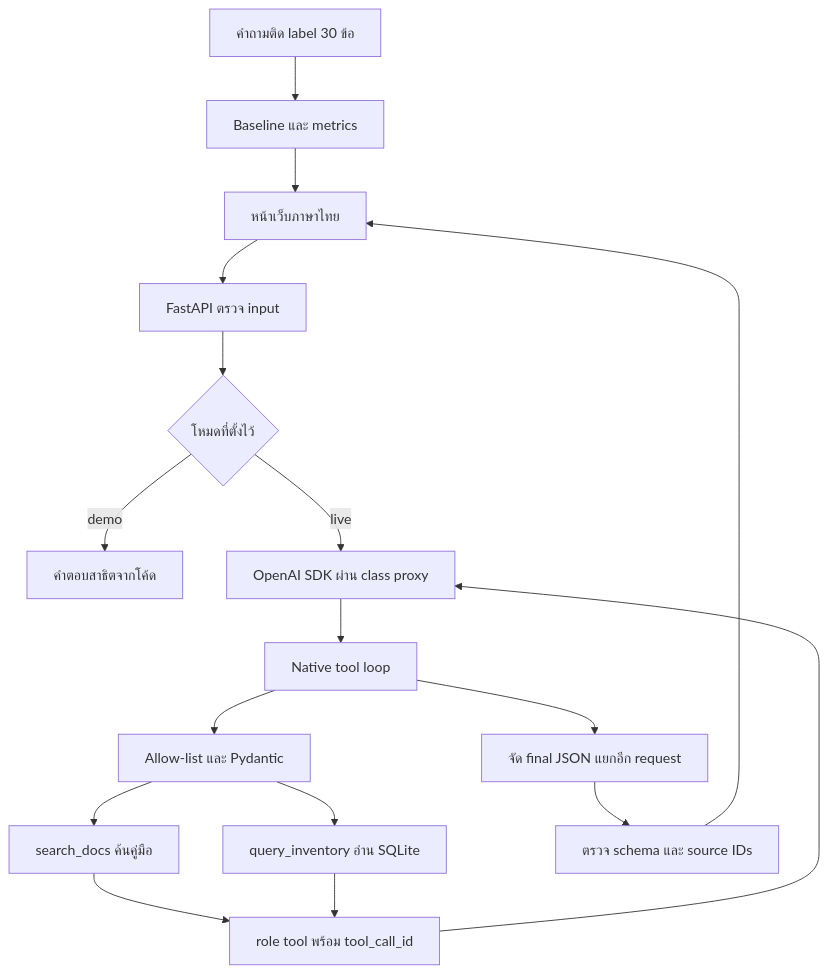
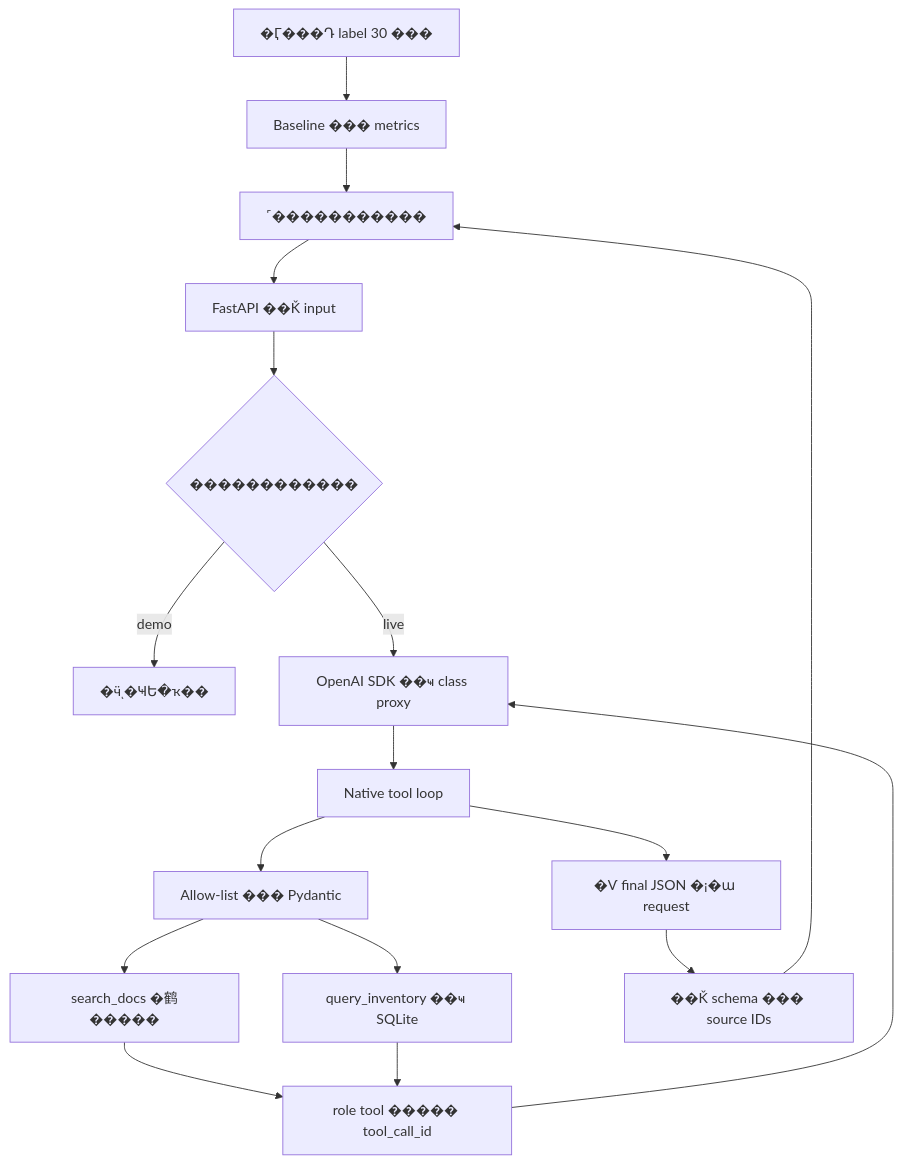
One commit to Chayapon8251/llm_lastwork changed the diagram in README.md. Above: the diagram before and after it, drawn with Mermaid. The commit also changed other lines of this file and 3 other files, not shown here.

````diff
--- a/README.md
+++ b/README.md
@@ -83,19 +83,19 @@
 ```mermaid
 flowchart TD
-    UI[หน้าเว็บภาษาไทย] --> API[FastAPI ตรวจ input]
-    API --> MODE{โหมดที่ตั้งไว้}
-    MODE -->|demo| DEMO[คำตอบสาธิตจากโค้ด]
-    MODE -->|live| LLM[OpenAI SDK ผ่าน class proxy]
+    UI[˹�����������] --> API[FastAPI ��Ǩ input]
+    API --> MODE{������������}
+    MODE -->|demo| DEMO[�ӵͺ�ҸԵ�ҡ��]
+    MODE -->|live| LLM[OpenAI SDK ��ҹ class proxy]
     LLM --> LOOP[Native tool loop]
-    LOOP --> VALID[Allow-list และ Pydantic]
-    VALID --> DOCS[search_docs ค้นคู่มือ]
-    VALID --> SQL[query_inventory อ่าน SQLite]
-    DOCS --> OBS[role tool พร้อม tool_call_id]
+    LOOP --> VALID[Allow-list ��� Pydantic]
+    VALID --> DOCS[search_docs �鹤�����]
+    VALID --> SQL[query_inventory ��ҹ SQLite]
+    DOCS --> OBS[role tool ����� tool_call_id]
     SQL --> OBS
     OBS --> LLM
-    LOOP --> FINAL[จัด final JSON แยกอีก request]
-    FINAL --> CHECK[ตรวจ schema และ source IDs]
+    LOOP --> FINAL[�Ѵ final JSON �¡�ա request]
+    FINAL --> CHECK[��Ǩ schema ��� source IDs]
     CHECK --> UI
-    EVAL[คำถามติด label 30 ข้อ] --> RESULTS[Baseline และ metrics]
+    EVAL[�Ӷ���Դ label 30 ���] --> RESULTS[Baseline ��� metrics]
     RESULTS --> UI
 ```
````
